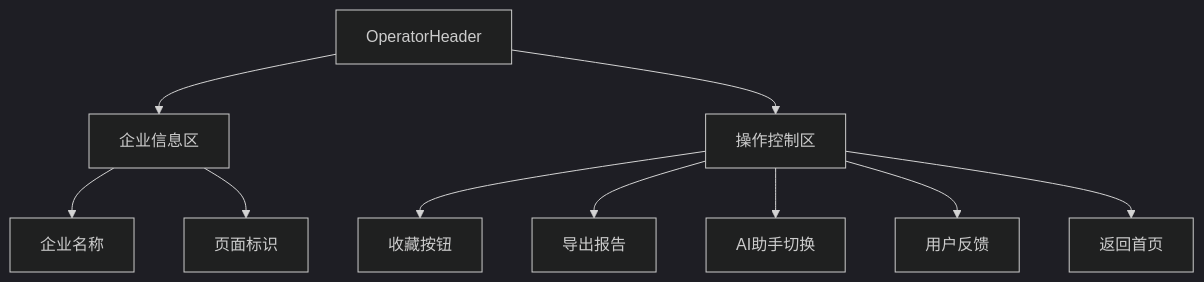
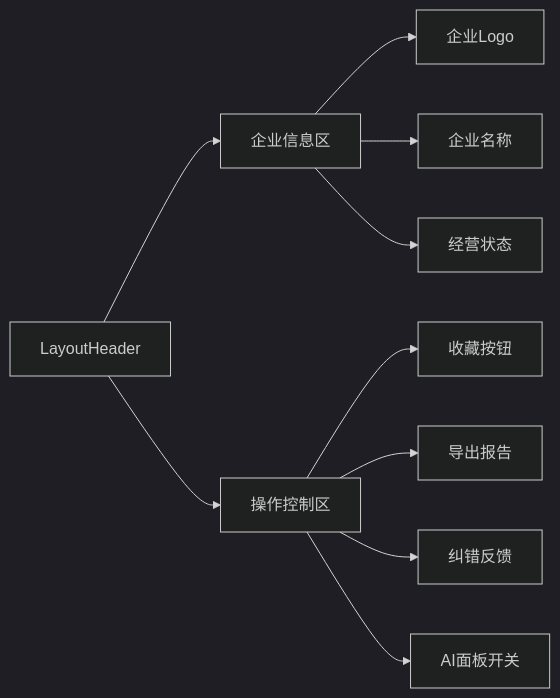
One commit to suneo02/tech-knowledge-base changed the first of 2 diagrams in apps/company/docs/CorpDetail/layout-header.md. Above: the diagram before and after it, drawn with Mermaid (dark theme). The commit also changed other lines of this file and 2109 other files, not shown here.

````diff
--- a/apps/company/docs/CorpDetail/layout-header.md
+++ b/apps/company/docs/CorpDetail/layout-header.md
@@ -13,14 +19,14 @@
 ```mermaid
-graph TD
-    A[OperatorHeader] --> B[企业信息区]
-    A --> C[操作控制区]
-
-    B --> D[企业名称]
-    B --> E[页面标识]
-
-    C --> F[收藏按钮]
-    C --> G[导出报告]
-    C --> H[AI助手切换]
-    C --> I[用户反馈]
-    C --> J[返回首页]
+graph LR
+    Header[LayoutHeader] --> Info[企业信息区]
+    Header --> Actions[操作控制区]
+    
+    Info --> Logo[企业Logo]
+    Info --> Name[企业名称]
+    Info --> Status[经营状态]
+    
+    Actions --> Collect[收藏按钮]
+    Actions --> Export[导出报告]
+    Actions --> Feedback[纠错反馈]
+    Actions --> AI_Switch[AI面板开关]
 ```
````
